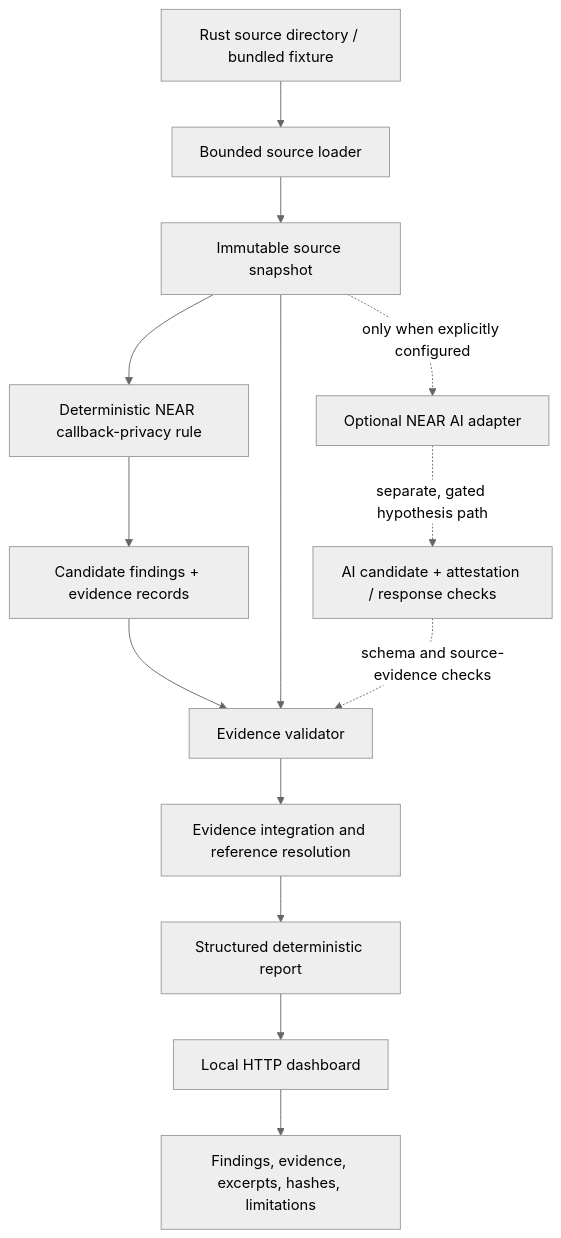
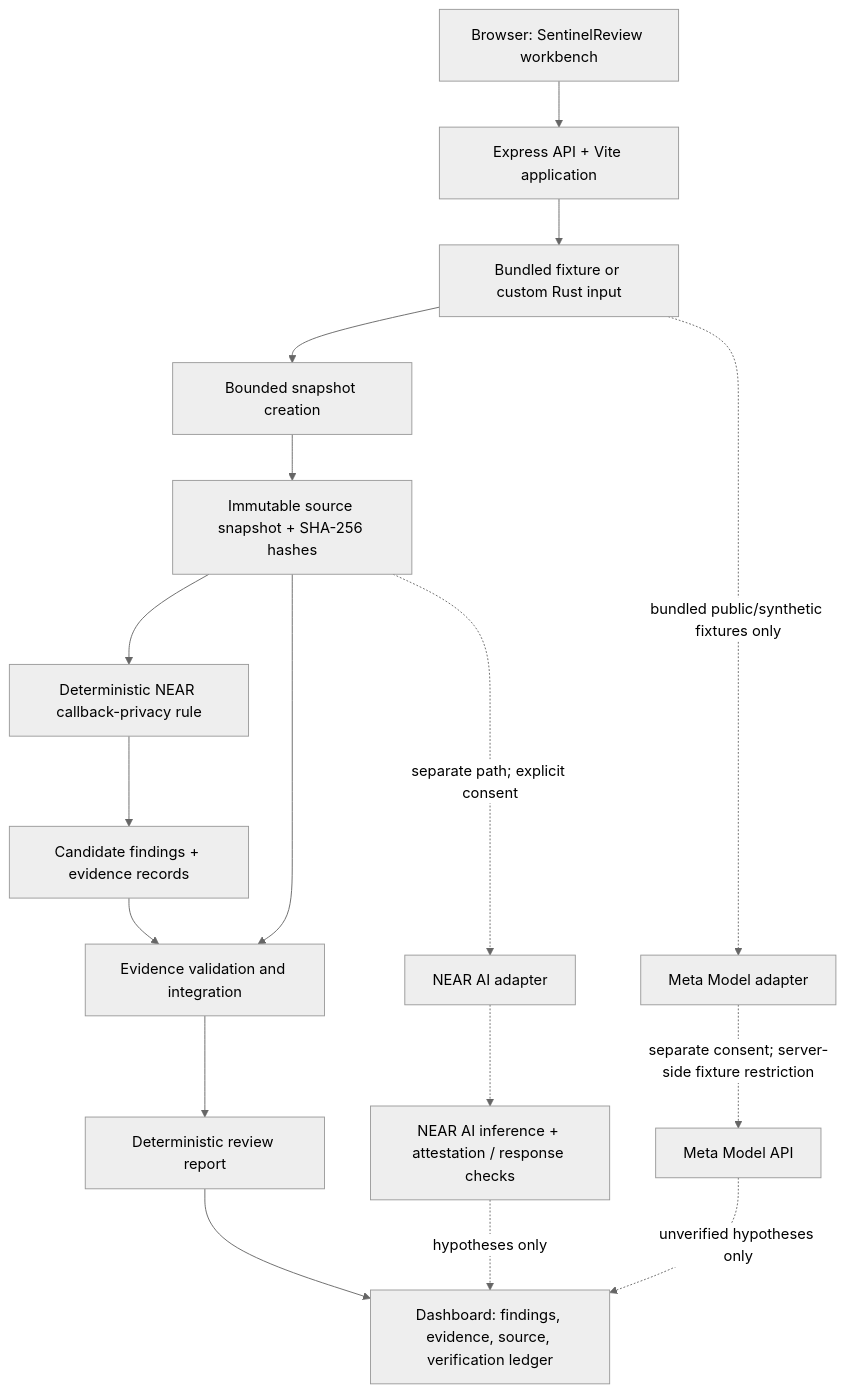
One commit to chokri29/SentinelReview changed the first of 3 diagrams in README.md. Above: the diagram before and after it, drawn with Mermaid (neutral theme). The commit also changed other lines of this file, not shown here.

````diff
--- a/README.md
+++ b/README.md
@@ -63,17 +48,21 @@
 ```mermaid
 flowchart TD
-    A["Rust source directory / bundled fixture"] --> B["Bounded source loader"]
-    B --> C["Immutable source snapshot"]
-    C --> D["Deterministic NEAR callback-privacy rule"]
-    D --> E["Candidate findings + evidence records"]
-    E --> F["Evidence validator"]
-    C --> F
-    F --> G["Evidence integration and reference resolution"]
-    G --> H["Structured deterministic report"]
-    H --> I["Local HTTP dashboard"]
-    I --> J["Findings, evidence, excerpts, hashes, limitations"]
+    A["Browser: SentinelReview workbench"] --> B["Express API + Vite application"]
+    B --> C["Bundled fixture or custom Rust input"]
+    C --> D["Bounded snapshot creation"]
+    D --> E["Immutable source snapshot + SHA-256 hashes"]
+    E --> F["Deterministic NEAR callback-privacy rule"]
+    F --> G["Candidate findings + evidence records"]
+    G --> H["Evidence validation and integration"]
+    E --> H
+    H --> I["Deterministic review report"]
+    I --> J["Dashboard: findings, evidence, source, verification ledger"]
 
-    K["Optional NEAR AI adapter"] -. "separate, gated hypothesis path" .-> L["AI candidate + attestation / response checks"]
-    C -. "only when explicitly configured" .-> K
-    L -. "schema and source-evidence checks" .-> F
+    E -. "separate path; explicit consent" .-> K["NEAR AI adapter"]
+    K -.-> L["NEAR AI inference + attestation / response checks"]
+    L -. "hypotheses only" .-> J
+
+    C -. "bundled public/synthetic fixtures only" .-> M["Meta Model adapter"]
+    M -. "separate consent; server-side fixture restriction" .-> N["Meta Model API"]
+    N -. "unverified hypotheses only" .-> J
 ```
````
